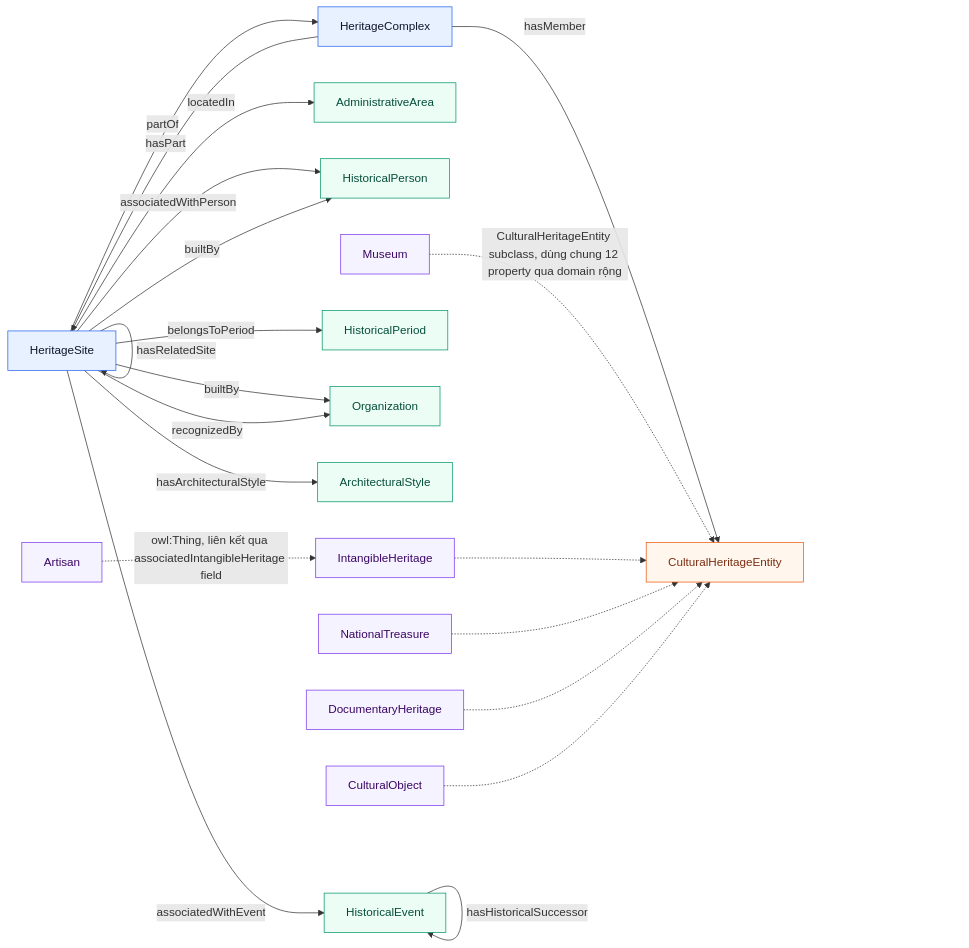
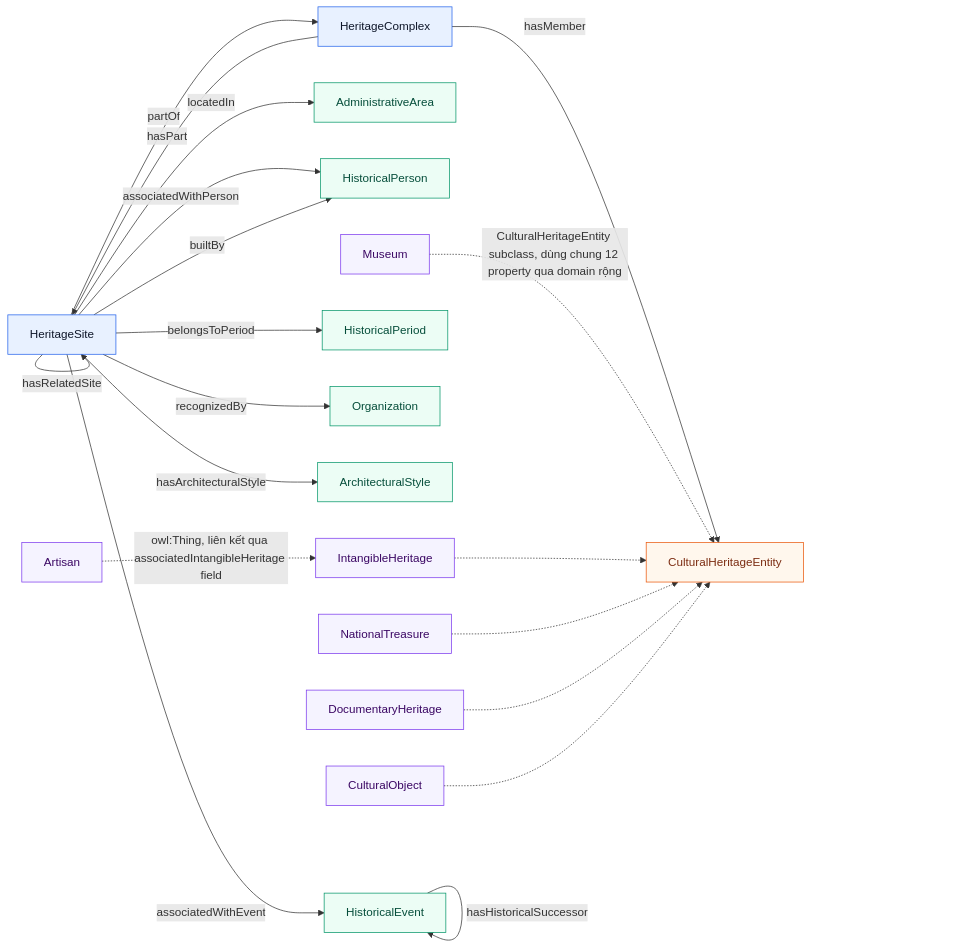
Before and after one commit to sutobode/Semanticweb: the eighth of 12 diagrams in PROJECT_SPEC.md, drawn with Mermaid. The commit also changed other lines of this file and 2 other files, not shown here.

First line of the commit message:
Bump spec to v1.6.2; clarify validation & builtBy

````diff
--- a/PROJECT_SPEC.md
+++ b/PROJECT_SPEC.md
@@ -1622,49 +1627,48 @@
 ```mermaid
 flowchart LR
     classDef site fill:#E8F1FF,stroke:#2563EB,color:#0F172A
     classDef context fill:#ECFDF5,stroke:#059669,color:#064E3B
     classDef relation fill:#FFF7ED,stroke:#EA580C,color:#7C2D12
     classDef newclass fill:#F5F3FF,stroke:#7C3AED,color:#3B0764
 
     SITE["HeritageSite"]
     COMPLEX["HeritageComplex"]
     AREA["AdministrativeArea"]
     PERSON["HistoricalPerson"]
     EVENT["HistoricalEvent"]
     PERIOD["HistoricalPeriod"]
     ORG["Organization"]
     STYLE["ArchitecturalStyle"]
     ENTITY["CulturalHeritageEntity"]
     MUSEUM["Museum"]
     INTANGIBLE["IntangibleHeritage"]
     TREASURE["NationalTreasure"]
     DOCHERITAGE["DocumentaryHeritage"]
     ARTISAN["Artisan"]
     OBJECT["CulturalObject"]
 
     SITE -->|locatedIn| AREA
     SITE -->|partOf| COMPLEX
     COMPLEX -->|hasPart| SITE
     SITE -->|associatedWithPerson| PERSON
     SITE -->|associatedWithEvent| EVENT
     SITE -->|belongsToPeriod| PERIOD
-    SITE -->|builtBy| ORG
     SITE -->|builtBy| PERSON
     SITE -->|recognizedBy| ORG
     SITE -->|hasArchitecturalStyle| STYLE
     COMPLEX -->|hasMember| ENTITY
     SITE -->|hasRelatedSite| SITE
     EVENT -->|hasHistoricalSuccessor| EVENT
 
     MUSEUM -.->|CulturalHeritageEntity subclass, dùng chung 12 property qua domain rộng| ENTITY
     INTANGIBLE -.-> ENTITY
     TREASURE -.-> ENTITY
     DOCHERITAGE -.-> ENTITY
     ARTISAN -.->|owl:Thing, liên kết qua associatedIntangibleHeritage field| INTANGIBLE
     OBJECT -.-> ENTITY
 
     class SITE,COMPLEX site
     class AREA,PERSON,EVENT,PERIOD,ORG,STYLE context
     class ENTITY relation
     class MUSEUM,INTANGIBLE,TREASURE,DOCHERITAGE,ARTISAN,OBJECT newclass
 ```
````
